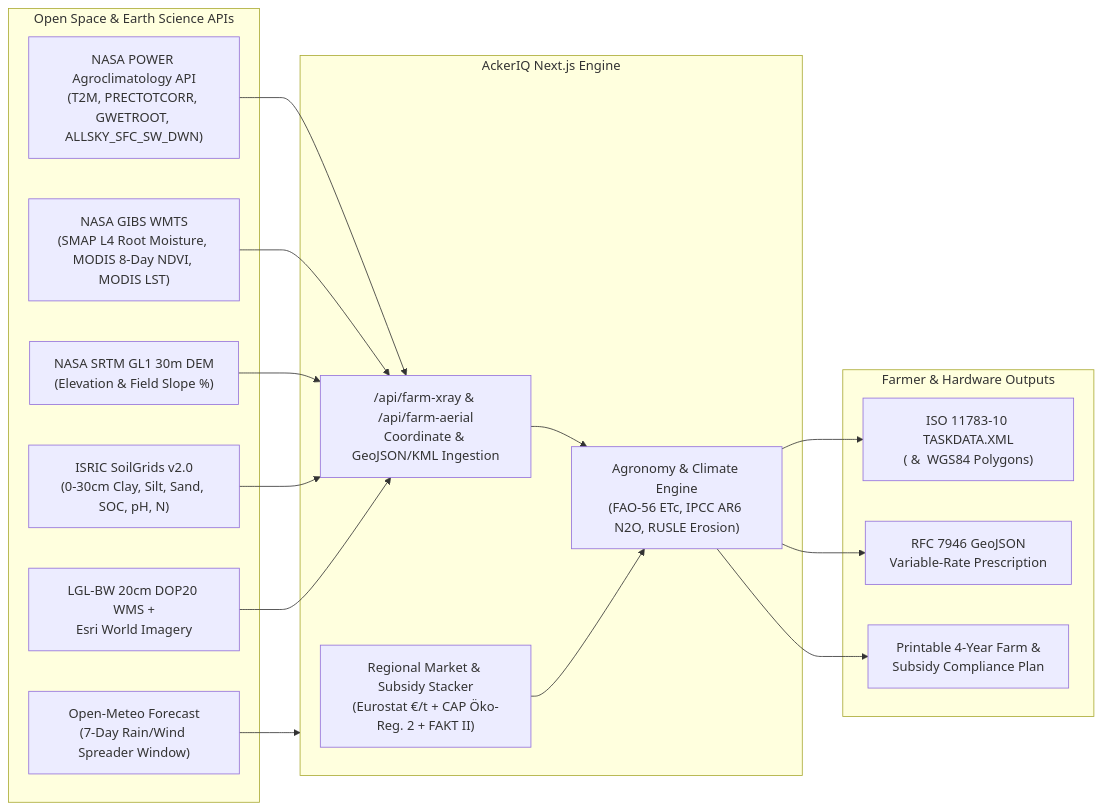
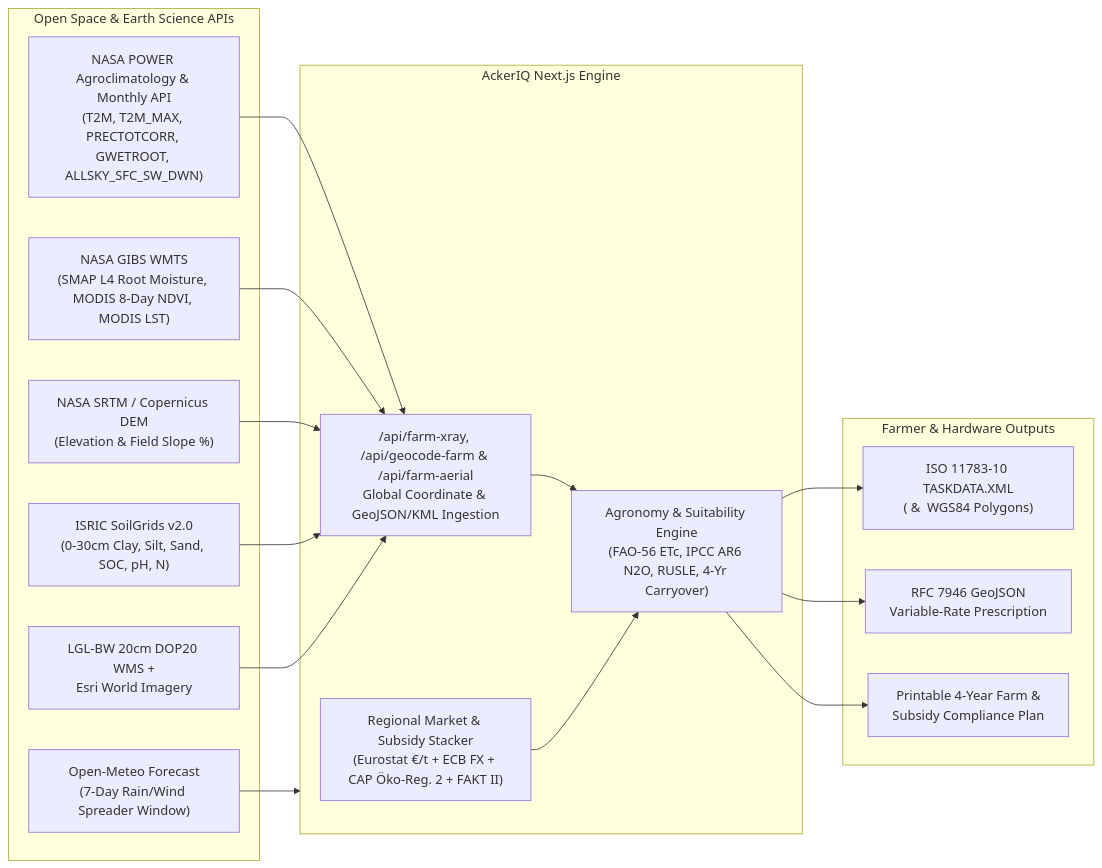
The diagram in README.md (innovpk/ackeriq), drawn with Mermaid before and after one commit. The commit also changed other lines of this file and 6 other files, not shown here.

Commit message:
feat: Space Apps compliance, global parcel support, NASA 1991-2024 climate shift & institutional price feed

````diff
--- a/README.md
+++ b/README.md
@@ -26,35 +29,35 @@
 ```mermaid
 flowchart LR
   subgraph EO["Open Space & Earth Science APIs"]
-    POWER["NASA POWER Agroclimatology API\n(T2M, PRECTOTCORR, GWETROOT, ALLSKY_SFC_SW_DWN)"]
+    POWER["NASA POWER Agroclimatology & Monthly API\n(T2M, T2M_MAX, PRECTOTCORR, GWETROOT, ALLSKY_SFC_SW_DWN)"]
     GIBS["NASA GIBS WMTS\n(SMAP L4 Root Moisture, MODIS 8-Day NDVI, MODIS LST)"]
-    SRTM["NASA SRTM GL1 30m DEM\n(Elevation & Field Slope %)"]
+    SRTM["NASA SRTM / Copernicus DEM\n(Elevation & Field Slope %)"]
     SOIL["ISRIC SoilGrids v2.0\n(0-30cm Clay, Silt, Sand, SOC, pH, N)"]
     AERIAL["LGL-BW 20cm DOP20 WMS +\nEsri World Imagery"]
     WX["Open-Meteo Forecast\n(7-Day Rain/Wind Spreader Window)"]
   end
 
   subgraph APP["AckerIQ Next.js Engine"]
-    XRAY["/api/farm-xray & /api/farm-aerial\nCoordinate & GeoJSON/KML Ingestion"]
-    MODEL["Agronomy & Climate Engine\n(FAO-56 ETc, IPCC AR6 N2O, RUSLE Erosion)"]
-    ECON["Regional Market & Subsidy Stacker\n(Eurostat €/t + CAP Öko-Reg. 2 + FAKT II)"]
+    XRAY["/api/farm-xray, /api/geocode-farm & /api/farm-aerial\nGlobal Coordinate & GeoJSON/KML Ingestion"]
+    MODEL["Agronomy & Suitability Engine\n(FAO-56 ETc, IPCC AR6 N2O, RUSLE, 4-Yr Carryover)"]
+    ECON["Regional Market & Subsidy Stacker\n(Eurostat €/t + ECB FX + CAP Öko-Reg. 2 + FAKT II)"]
   end
 
   subgraph OUT["Farmer & Hardware Outputs"]
     ISOXML["ISO 11783-10 TASKDATA.XML\n(<PFD> & <TZN> WGS84 Polygons)"]
     GEOJSON["RFC 7946 GeoJSON\nVariable-Rate Prescription"]
     PDF["Printable 4-Year Farm &\nSubsidy Compliance Plan"]
   end
 
   POWER --> XRAY
   GIBS --> XRAY
   SRTM --> XRAY
   SOIL --> XRAY
   AERIAL --> XRAY
   WX --> APP
   XRAY --> MODEL
   ECON --> MODEL
   MODEL --> ISOXML
   MODEL --> GEOJSON
   MODEL --> PDF
 ```
````
